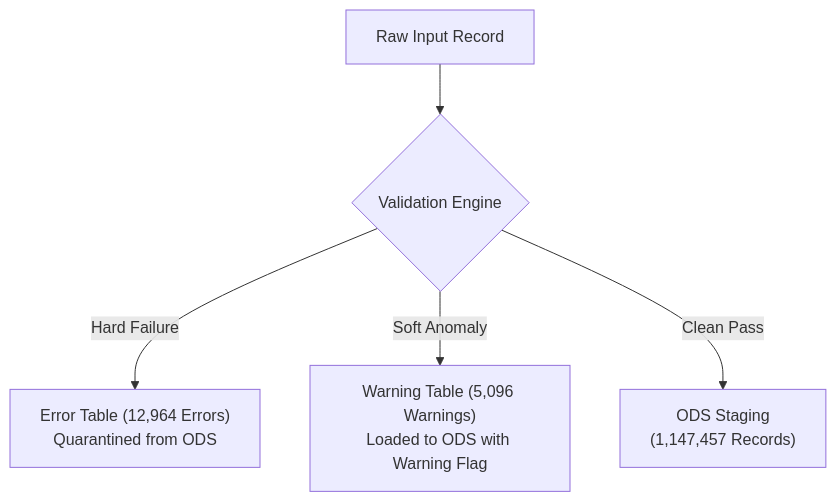
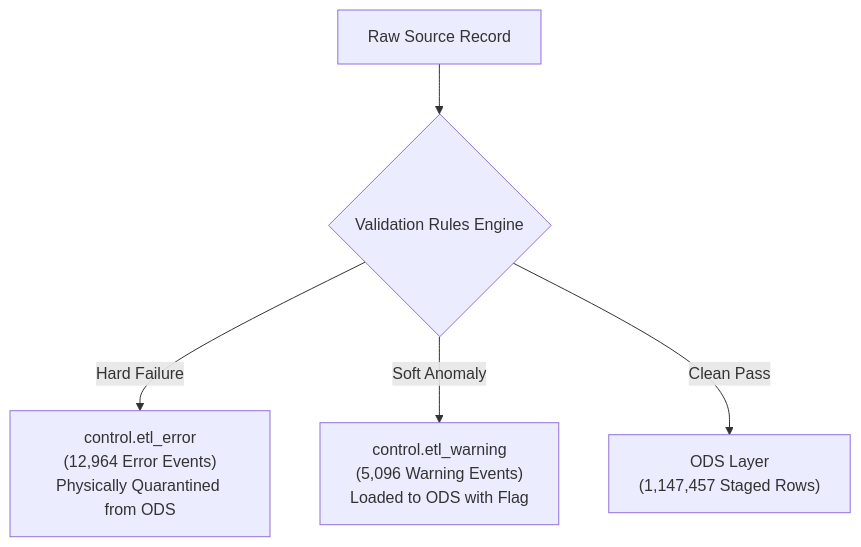
The second of 2 diagrams in powerbi/pipeline_monitoring/DASHBOARD_GUIDE.md (WalterEdwardd/food-delivery-etl-dwh), drawn with Mermaid before and after one commit. The commit also changed other lines of this file and 10 other files, not shown here.

````diff
--- a/powerbi/pipeline_monitoring/DASHBOARD_GUIDE.md
+++ b/powerbi/pipeline_monitoring/DASHBOARD_GUIDE.md
@@ -170,7 +212,7 @@
 ```mermaid
 flowchart TD
-    Raw["Raw Input Record"] --> Val{"Validation Engine"}
-    Val -->|Hard Failure| Quarantined["Error Table (12,964 Errors)<br>Quarantined from ODS"]
-    Val -->|Soft Anomaly| Warning["Warning Table (5,096 Warnings)<br>Loaded to ODS with Warning Flag"]
-    Val -->|Clean Pass| ODS["ODS Staging<br>(1,147,457 Records)"]
+    Raw["Raw Source Record"] --> Val{"Validation Rules Engine"}
+    Val -->|Hard Failure| Quarantined["control.etl_error<br>(12,964 Error Events)<br>Physically Quarantined from ODS"]
+    Val -->|Soft Anomaly| Warning["control.etl_warning<br>(5,096 Warning Events)<br>Loaded to ODS with Flag"]
+    Val -->|Clean Pass| ODS["ODS Layer<br>(1,147,457 Staged Rows)"]
 ```
````
